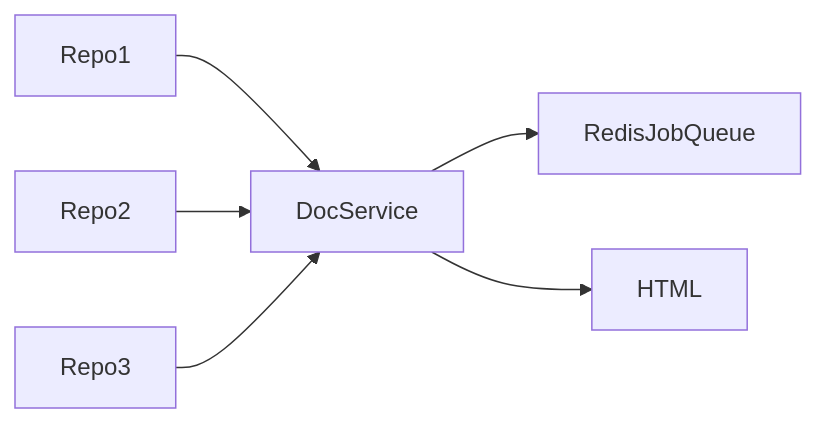
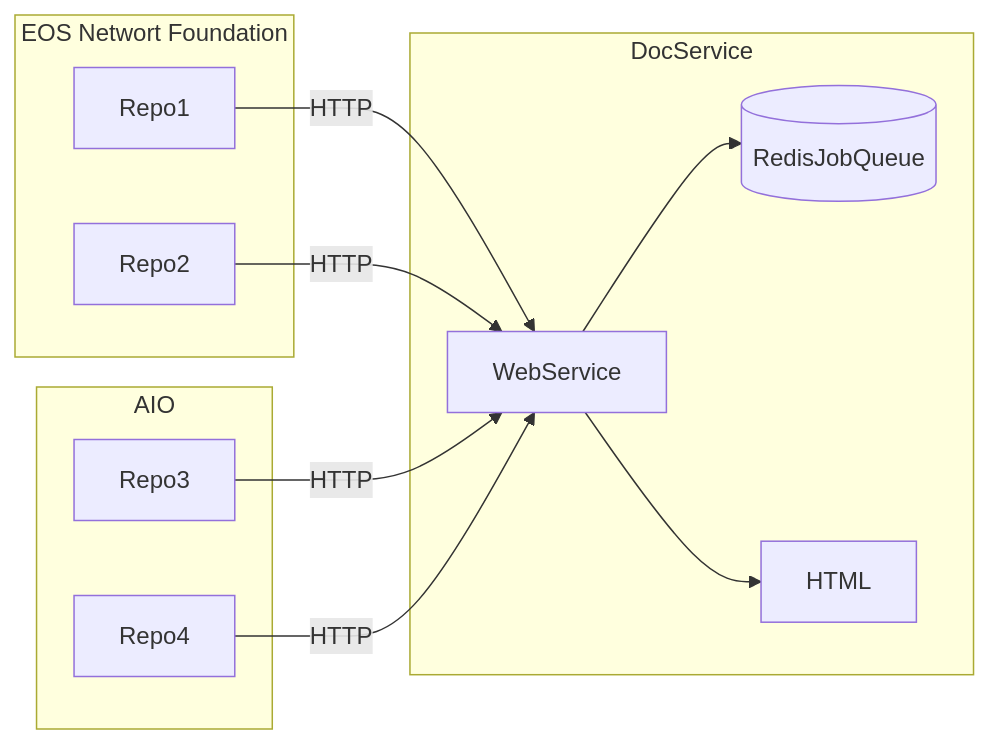
One commit to eosnetworkfoundation/product changed the diagram in documentation-portal-automation/proposals/doc-build-kickoff-with-git-actions.md. Above: the diagram before and after it, drawn with Mermaid. The commit also changed other lines of this file, not shown here.

Commit message:
finished architecture section

````diff
--- a/documentation-portal-automation/proposals/doc-build-kickoff-with-git-actions.md
+++ b/documentation-portal-automation/proposals/doc-build-kickoff-with-git-actions.md
@@ -21,8 +21,15 @@
 ```mermaid
 graph LR;
-    Repo1-->DocService;
-    Repo2-->DocService;
-    Repo3-->DocService;
-    DocService-->RedisJobQueue;
-    DocService-->HTML;
+    subgraph sys1 [DocService]
+    WebService-->RedisJobQueue[(RedisJobQueue)];
+    WebService-->HTML;
+    end
+    subgraph enf [EOS Networt Foundation]
+    Repo1-->|HTTP|WebService;
+    Repo2-->|HTTP|WebService;
+    end
+    subgraph aio [AIO]
+    Repo3-->|HTTP|WebService;
+    Repo4-->|HTTP|WebService;
+    end
 ```
````
